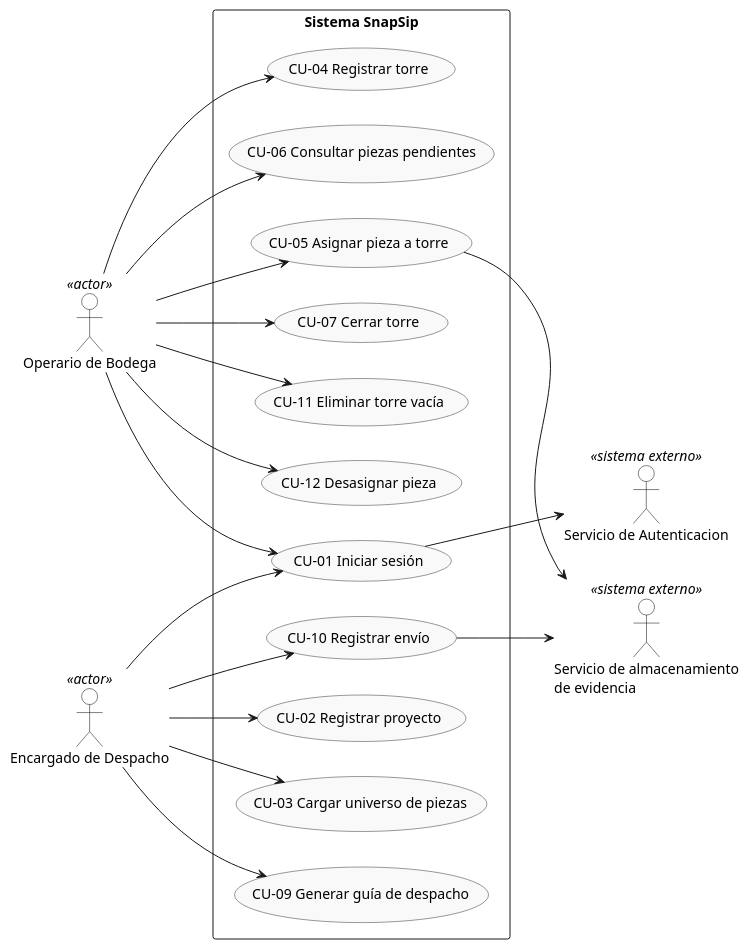
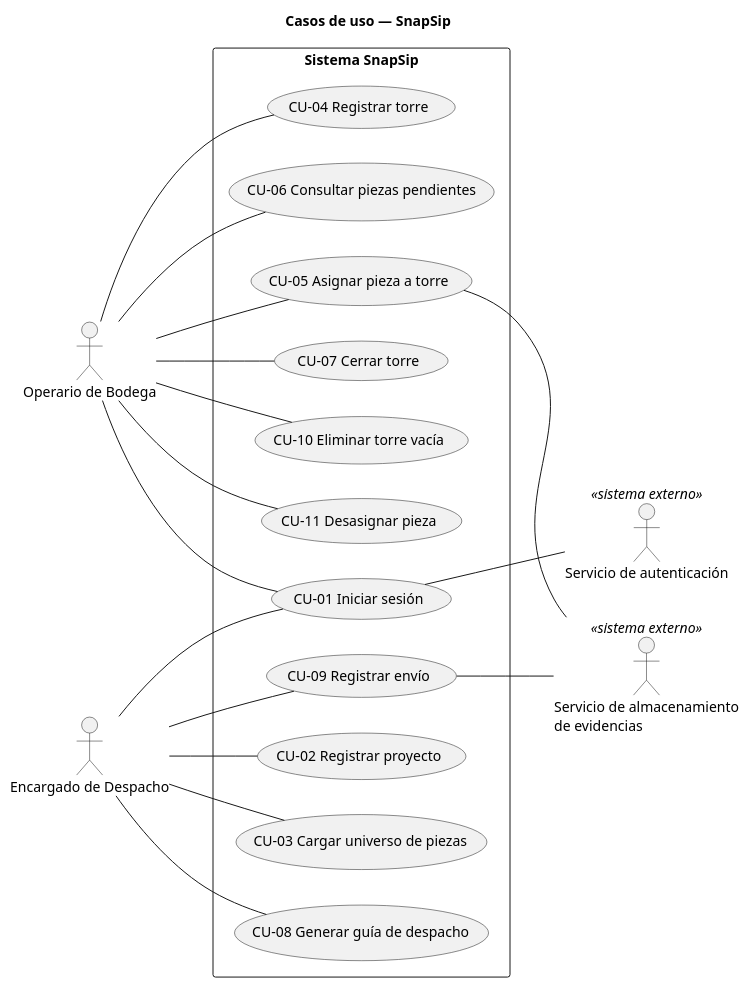
Before and after one commit to Foyzen-Kaze/snapsip: the diagram in diagramas/casos-de-uso.puml, drawn with PlantUML.

```diff
--- a/diagramas/casos-de-uso.puml
+++ b/diagramas/casos-de-uso.puml
@@ -1,57 +1,42 @@
-@startuml
+@startuml casos-de-uso
 left to right direction
-skinparam packageStyle rectangle
-skinparam usecase {
-    BackgroundColor #f9f9f9
-    BorderColor #333333
-}
-skinparam actor {
-    BackgroundColor white
-    BorderColor black
-}
+skinparam shadowing false
+title Casos de uso — SnapSip
 
-' Actores Humanos
-actor "Operario de Bodega" as OB <<actor>>
-actor "Encargado de Despacho" as ED <<actor>>
+actor "Operario de Bodega" as OB
+actor "Encargado de Despacho" as ED
+actor "Servicio de autenticación" as SA <<sistema externo>>
+actor "Servicio de almacenamiento\nde evidencias" as SAE <<sistema externo>>
 
-' Actores Externos
-actor "Servicio de Autenticacion" as SA <<sistema externo>>
-actor "Servicio de almacenamiento\nde evidencia" as SAE <<sistema externo>>
-
-' Límite del Sistema
 rectangle "Sistema SnapSip" {
   usecase "CU-01 Iniciar sesión" as CU01
   usecase "CU-02 Registrar proyecto" as CU02
   usecase "CU-03 Cargar universo de piezas" as CU03
   usecase "CU-04 Registrar torre" as CU04
   usecase "CU-05 Asignar pieza a torre" as CU05
   usecase "CU-06 Consultar piezas pendientes" as CU06
   usecase "CU-07 Cerrar torre" as CU07
-  usecase "CU-09 Generar guía de despacho" as CU09
-  usecase "CU-10 Registrar envío" as CU10
-  usecase "CU-11 Eliminar torre vacía" as CU11
-  usecase "CU-12 Desasignar pieza" as CU12
+  usecase "CU-08 Generar guía de despacho" as CU08
+  usecase "CU-09 Registrar envío" as CU09
+  usecase "CU-10 Eliminar torre vacía" as CU10
+  usecase "CU-11 Desasignar pieza" as CU11
 }
 
-' Relaciones del Operario de Bodega
-OB --> CU01
-OB --> CU04
-OB --> CU05
-OB --> CU06
-OB --> CU07
-OB --> CU11
-OB --> CU12
+OB -- CU01
+OB -- CU04
+OB -- CU05
+OB -- CU06
+OB -- CU07
+OB -- CU10
+OB -- CU11
 
-' Relaciones del Encargado de Despacho
-ED --> CU01
-ED --> CU02
-ED --> CU03
-ED --> CU09
-ED --> CU10
+ED -- CU01
+ED -- CU02
+ED -- CU03
+ED -- CU08
+ED -- CU09
 
-' Relaciones hacia Sistemas Externos
-CU01 --> SA
-CU05 --> SAE
-CU10 --> SAE
-
+CU01 -- SA
+CU05 -- SAE
+CU09 -- SAE
 @enduml
```
